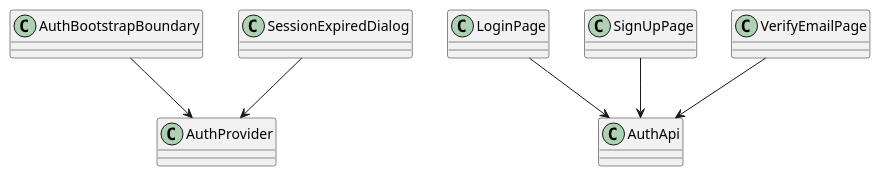
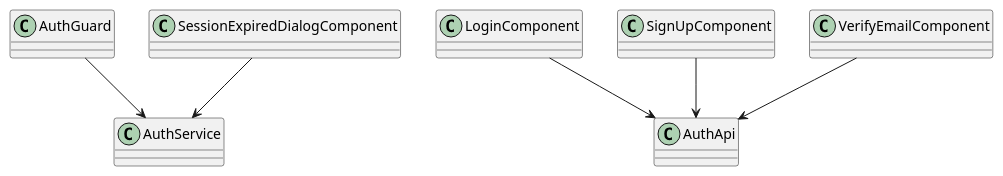
Before and after one commit to QuinntyneBrown/LendQ: the diagram in docs/detailed-designs/diagrams/plantuml/fe_class_auth.puml, drawn with PlantUML. The commit also changed 310 other files, not shown here.

```diff
--- a/docs/detailed-designs/diagrams/plantuml/fe_class_auth.puml
+++ b/docs/detailed-designs/diagrams/plantuml/fe_class_auth.puml
@@ -1,16 +1,16 @@
 @startuml
 skinparam classAttributeIconSize 0
-class AuthProvider
-class AuthBootstrapBoundary
-class LoginPage
-class SignUpPage
-class VerifyEmailPage
-class SessionExpiredDialog
+class AuthService
+class AuthGuard
+class LoginComponent
+class SignUpComponent
+class VerifyEmailComponent
+class SessionExpiredDialogComponent
 class AuthApi
 
-AuthBootstrapBoundary --> AuthProvider
-LoginPage --> AuthApi
-SignUpPage --> AuthApi
-VerifyEmailPage --> AuthApi
-SessionExpiredDialog --> AuthProvider
+AuthGuard --> AuthService
+LoginComponent --> AuthApi
+SignUpComponent --> AuthApi
+VerifyEmailComponent --> AuthApi
+SessionExpiredDialogComponent --> AuthService
 @enduml
```
